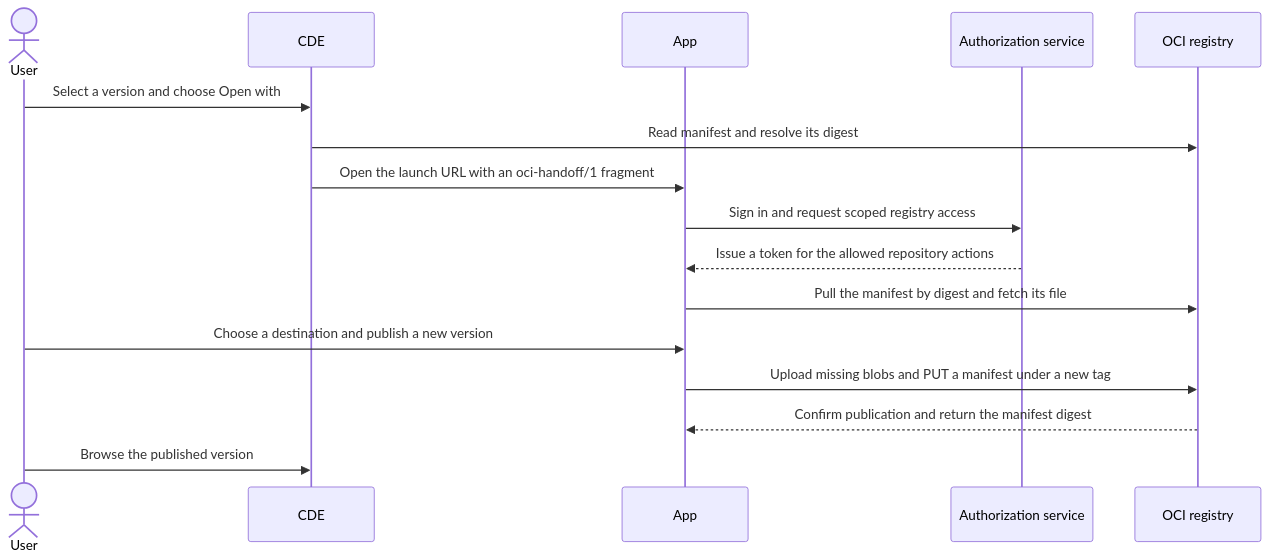
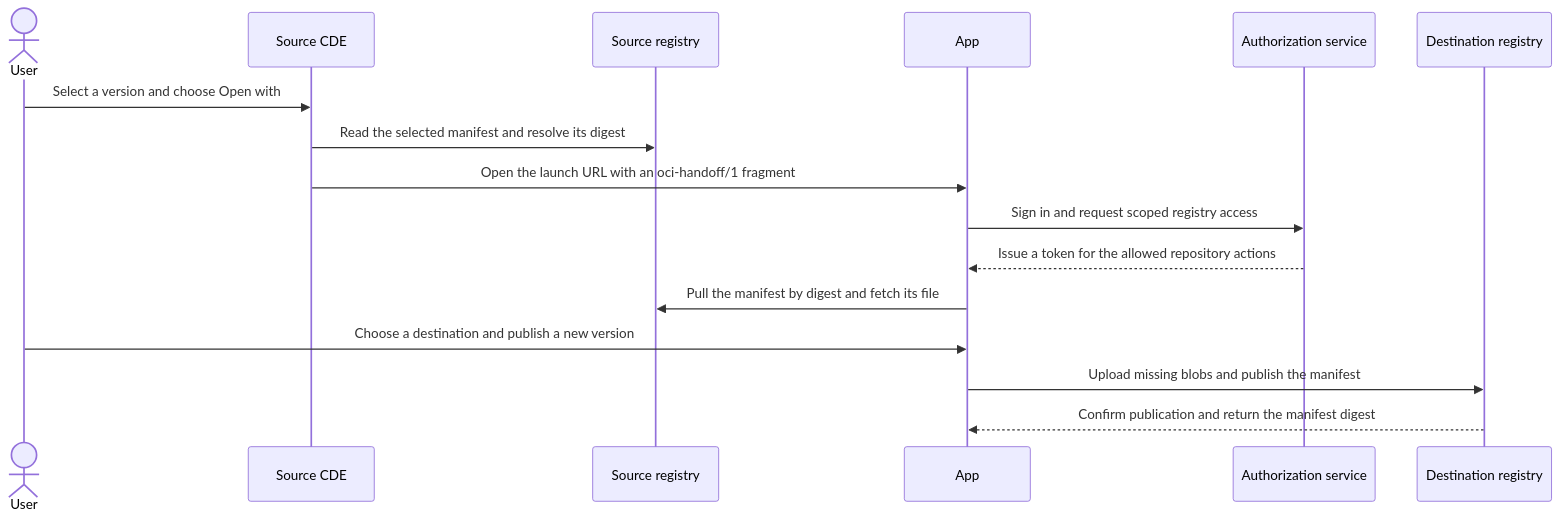
The second of 2 diagrams in docs/ARCHITECTURE.md (zahmadsaleem/subsoil), drawn with Mermaid before and after one commit. The commit also changed other lines of this file and 75 other files, not shown here.

````diff
--- a/docs/ARCHITECTURE.md
+++ b/docs/ARCHITECTURE.md
@@ -42,18 +47,18 @@
 ```mermaid
 sequenceDiagram
     actor User
-    participant CDE
+    participant CDE as Source CDE
+    participant Source as Source registry
     participant App
     participant Auth as Authorization service
-    participant Registry as OCI registry
+    participant Destination as Destination registry
     User->>CDE: Select a version and choose Open with
-    CDE->>Registry: Read manifest and resolve its digest
+    CDE->>Source: Read the selected manifest and resolve its digest
     CDE->>App: Open the launch URL with an oci-handoff/1 fragment
     App->>Auth: Sign in and request scoped registry access
     Auth-->>App: Issue a token for the allowed repository actions
-    App->>Registry: Pull the manifest by digest and fetch its file
+    App->>Source: Pull the manifest by digest and fetch its file
     User->>App: Choose a destination and publish a new version
-    App->>Registry: Upload missing blobs and PUT a manifest under a new tag
-    Registry-->>App: Confirm publication and return the manifest digest
-    User->>CDE: Browse the published version
+    App->>Destination: Upload missing blobs and publish the manifest
+    Destination-->>App: Confirm publication and return the manifest digest
 ```
````
